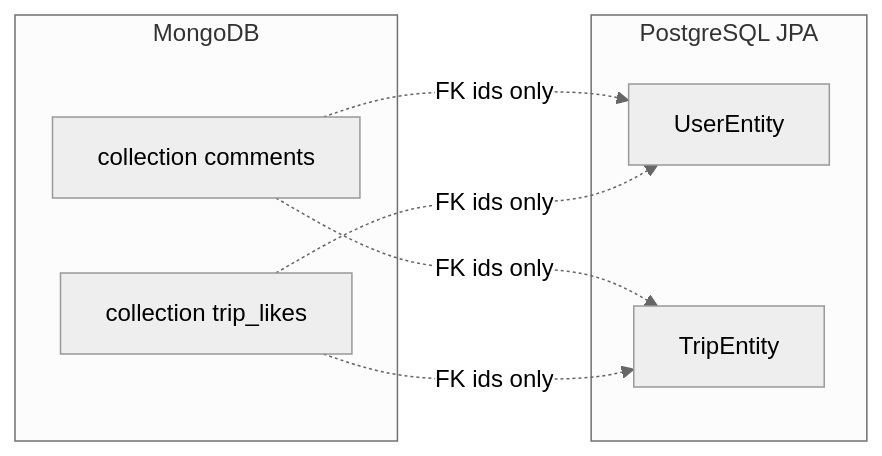
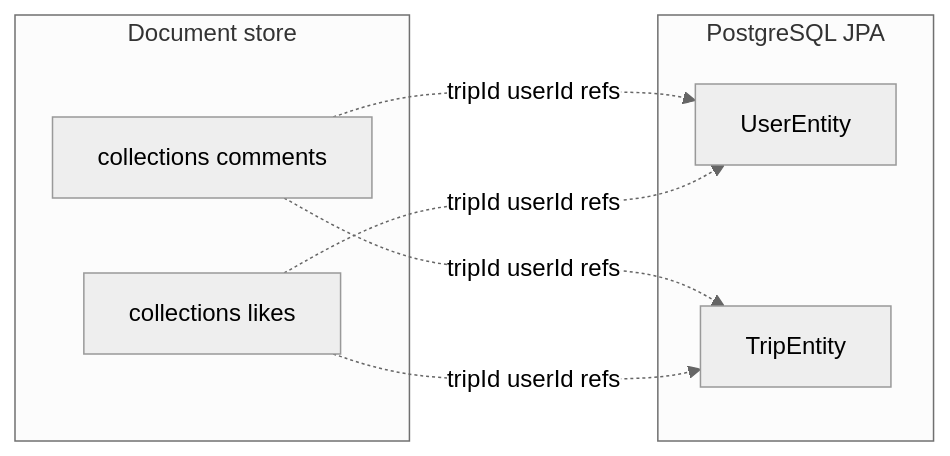
One commit to tbd-htwg/backend changed the second of 2 diagrams in .cursor/plans/mongo_social_data_layer_fdb6936d.plan.md. Above: the diagram before and after it, drawn with Mermaid (neutral theme). The commit also changed other lines of this file, not shown here.

````diff
--- a/.cursor/plans/mongo_social_data_layer_fdb6936d.plan.md
+++ b/.cursor/plans/mongo_social_data_layer_fdb6936d.plan.md
@@ -56,15 +65,15 @@
 ```mermaid
 flowchart LR
   subgraph pg2 [PostgreSQL JPA]
     UserEntity2[UserEntity]
     TripEntity2[TripEntity]
   end
-  subgraph mongo [MongoDB]
-    comments[collection comments]
-    likes[collection trip_likes]
+  subgraph doc [Document store]
+    comments[collections comments]
+    likes[collections likes]
   end
-  comments -.->|FK ids only| TripEntity2
-  comments -.->|FK ids only| UserEntity2
-  likes -.->|FK ids only| TripEntity2
-  likes -.->|FK ids only| UserEntity2
+  comments -.->|tripId userId refs| TripEntity2
+  comments -.->|tripId userId refs| UserEntity2
+  likes -.->|tripId userId refs| TripEntity2
+  likes -.->|tripId userId refs| UserEntity2
 ```
````
